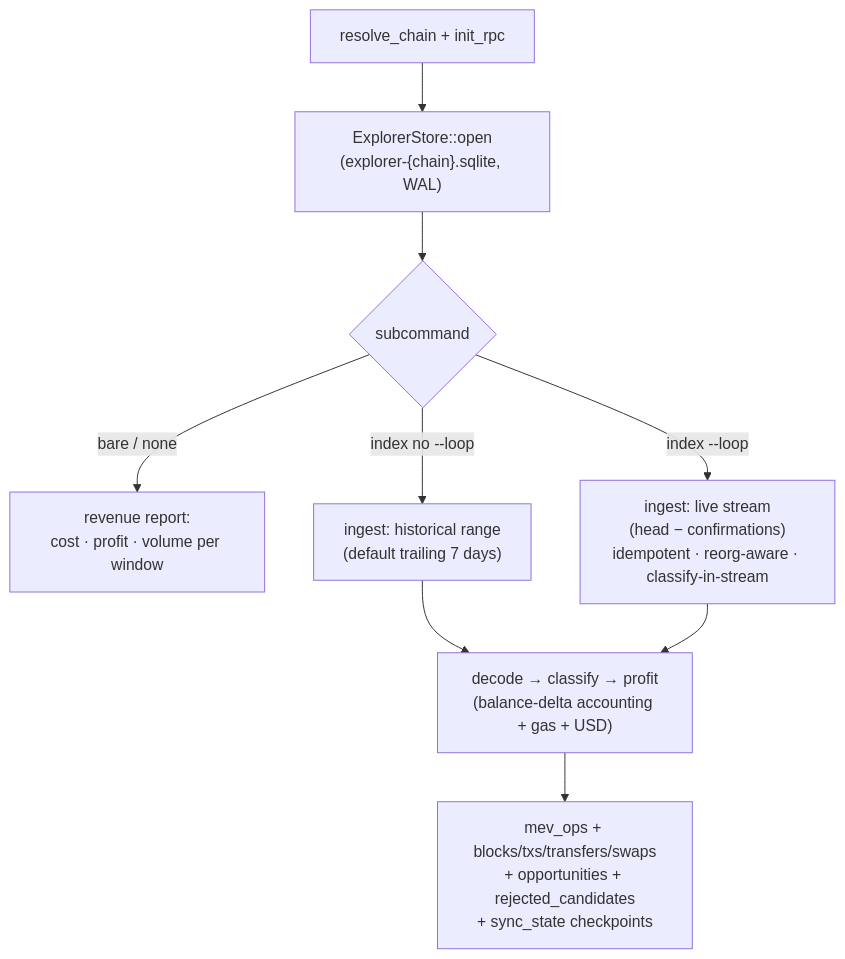
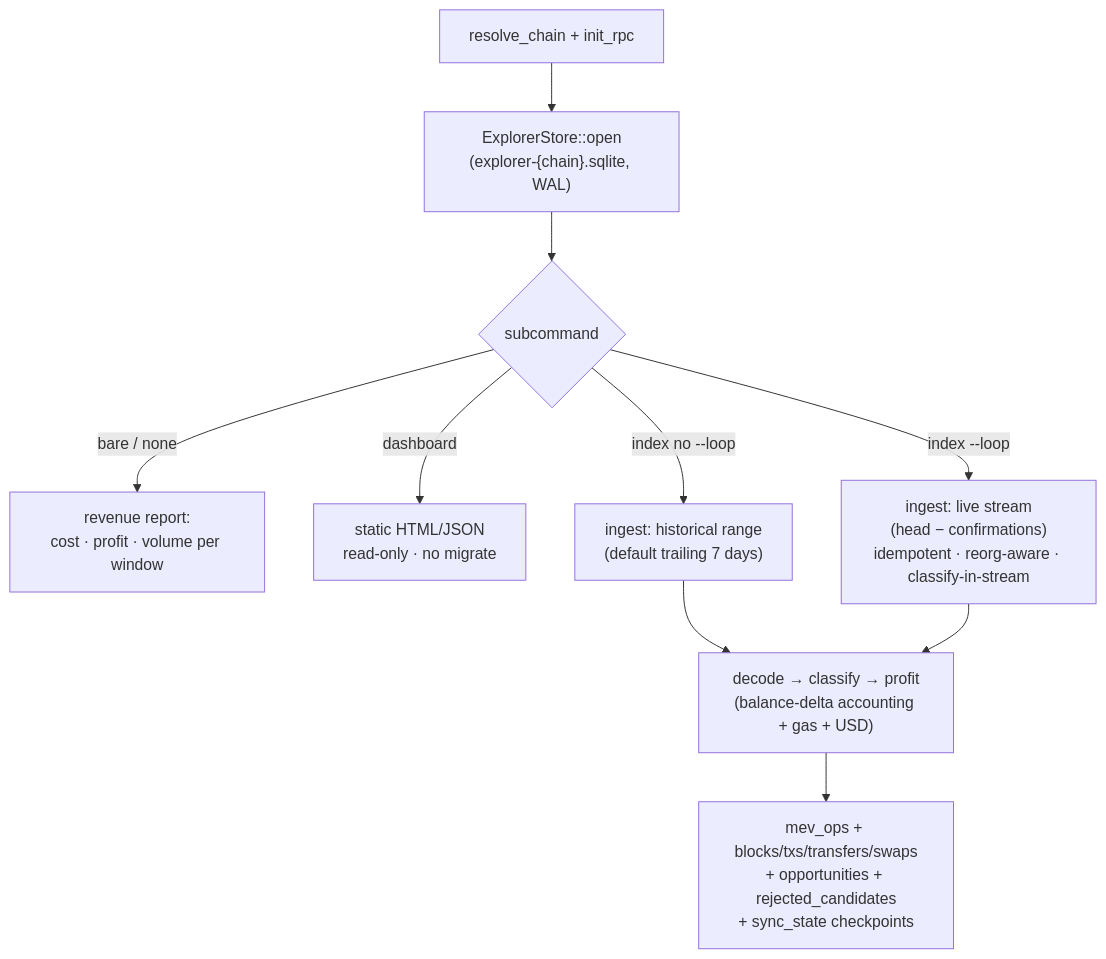
One commit to moha-moradi/mev-scout changed the eighth of 9 diagrams in docs/CLI.md. Above: the diagram before and after it, drawn with Mermaid. The commit also changed other lines of this file and 21 other files, not shown here.

First line of the commit message:
feat(dashboard): implement static HTML/JSON dashboard for forensic analysis

````diff
--- a/docs/CLI.md
+++ b/docs/CLI.md
@@ -378,11 +378,12 @@
 ```mermaid
 flowchart TB
     A["resolve_chain + init_rpc"] --> B["ExplorerStore::open<br/>(explorer-{chain}.sqlite, WAL)"]
     B --> C{"subcommand"}
     C -- "bare / none" --> R["revenue report:<br/>cost · profit · volume per window"]
+    C -- "dashboard" --> D["static HTML/JSON<br/>read-only · no migrate"]
     C -- "index no --loop" --> BF["ingest: historical range<br/>(default trailing 7 days)"]
     C -- "index --loop" --> E["ingest: live stream<br/>(head − confirmations)<br/>idempotent · reorg-aware · classify-in-stream"]
     BF --> F["decode → classify → profit<br/>(balance-delta accounting + gas + USD)"]
     E --> F
     F --> L["mev_ops + blocks/txs/transfers/swaps<br/>+ opportunities + rejected_candidates<br/>+ sync_state checkpoints"]
 ```
````
